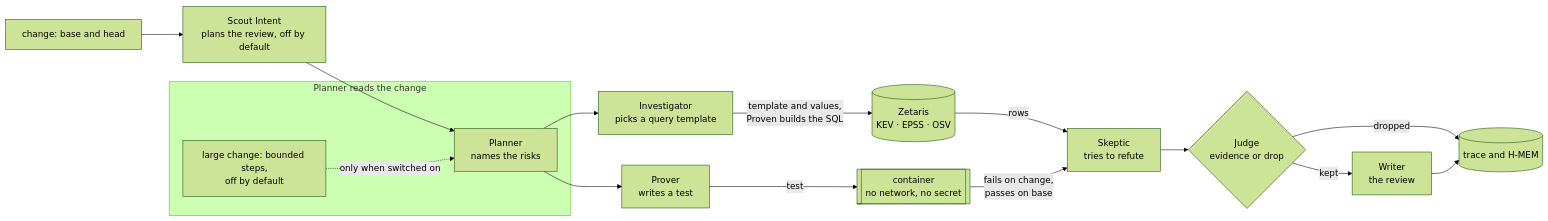
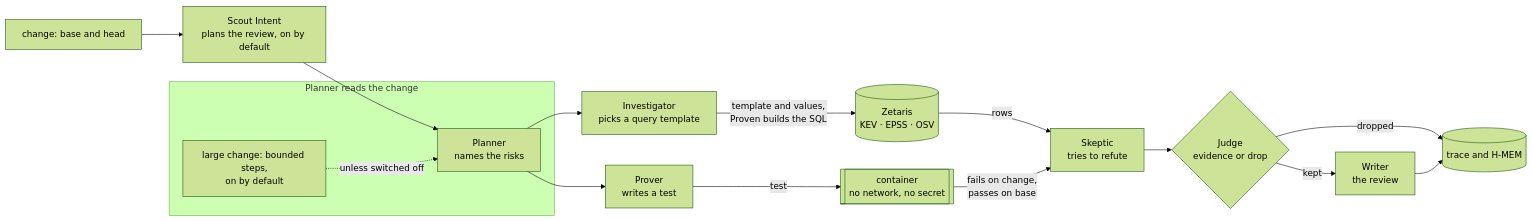
The diagram in docs/ARCHITECTURE.md (saphan-ai/proven), drawn with Mermaid (forest theme) before and after one commit. The commit also changed other lines of this file and 9 other files, not shown here.

````diff
--- a/docs/ARCHITECTURE.md
+++ b/docs/ARCHITECTURE.md
@@ -8,18 +8,18 @@
 ```mermaid
 flowchart LR
-    C[change: base and head] --> SI[Scout Intent<br/>plans the review, off by default]
+    C[change: base and head] --> SI[Scout Intent<br/>plans the review, on by default]
     SI --> P
     subgraph PL[Planner reads the change]
-        M[large change: bounded steps,<br/>off by default] -.->|only when switched on| P[Planner<br/>names the risks]
+        M[large change: bounded steps,<br/>on by default] -.->|unless switched off| P[Planner<br/>names the risks]
     end
     P --> I[Investigator<br/>picks a query template]
     P --> V[Prover<br/>writes a test]
     I -->|template and values,<br/>Proven builds the SQL| Z[(Zetaris<br/>KEV · EPSS · OSV)]
     V -->|test| K[[container<br/>no network, no secret]]
     Z -->|rows| S[Skeptic<br/>tries to refute]
     K -->|fails on change,<br/>passes on base| S
     S --> J{Judge<br/>evidence or drop}
     J -->|kept| W[Writer<br/>the review]
     J -->|dropped| T[(trace and H-MEM)]
     W --> T
 ```
````
